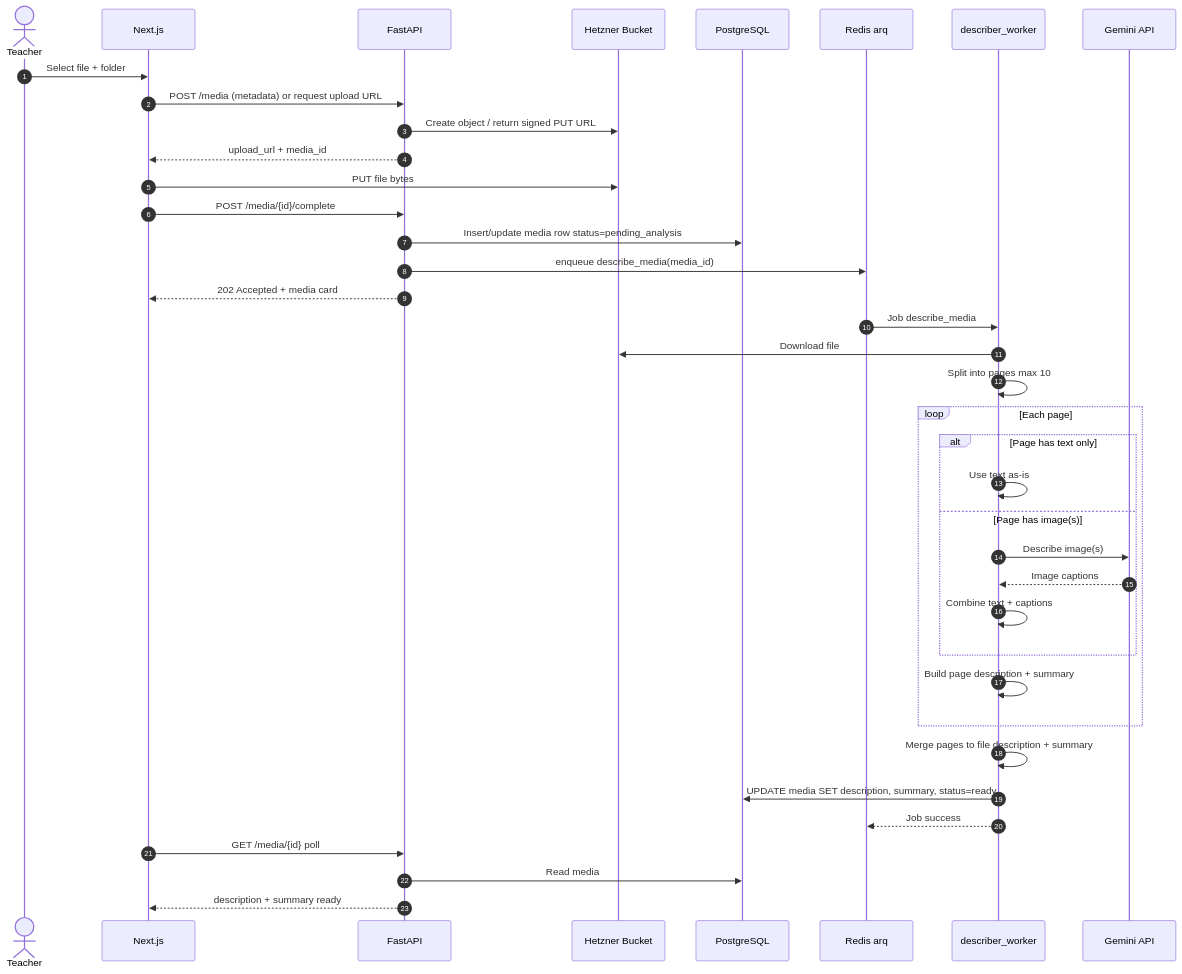
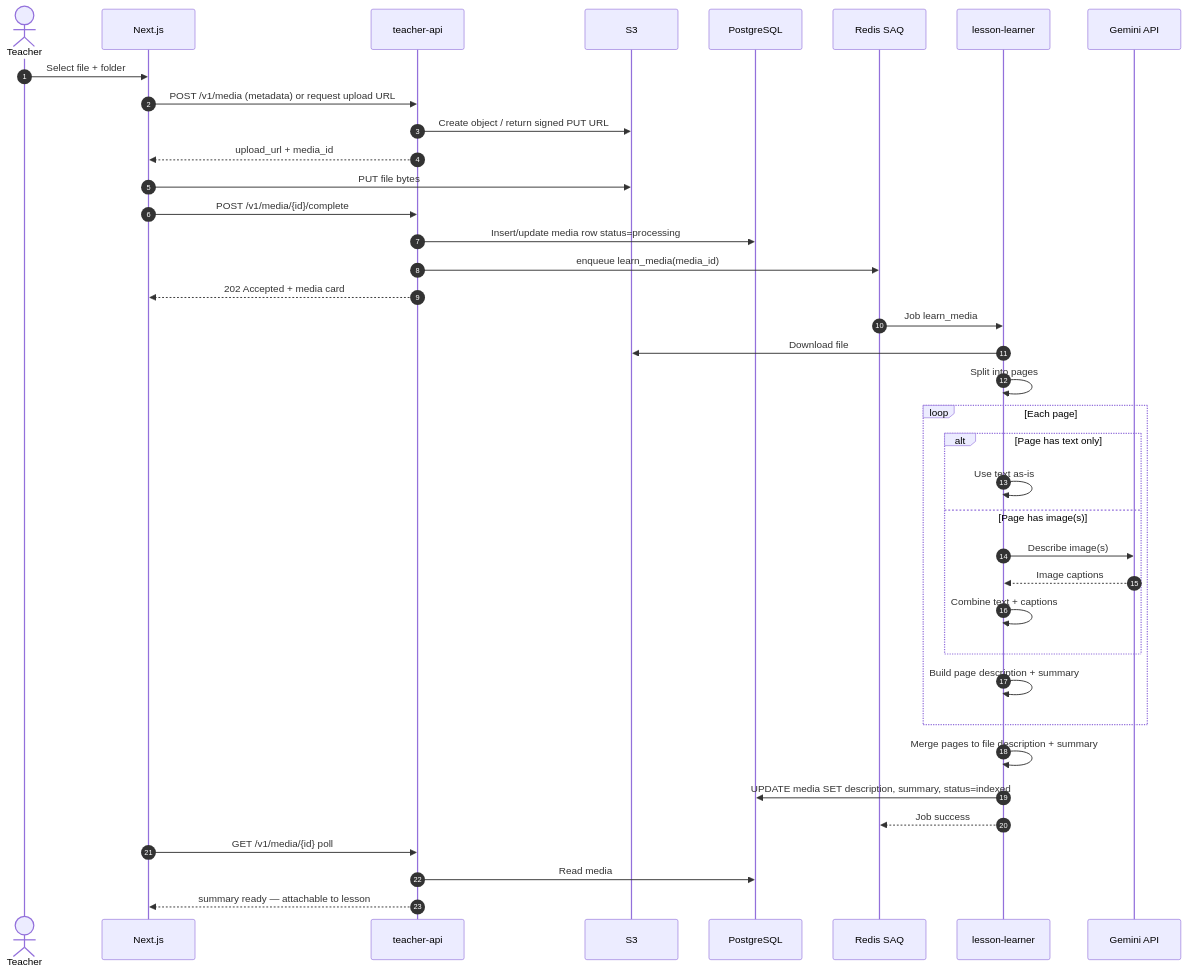
The second of 7 diagrams in docs/architecture/02-media-describer-flow.md (BasselSallam2/teacher-mock), drawn with Mermaid before and after one commit. The commit also changed other lines of this file and 10 other files, not shown here.

Commit message:
Enhance README and add system overview documentation; update media handling and lesson planning architecture. Introduce nested media folders and clarify production stack details.

````diff
--- a/docs/architecture/02-media-describer-flow.md
+++ b/docs/architecture/02-media-describer-flow.md
@@ -23,42 +26,42 @@
 ```mermaid
 sequenceDiagram
   autonumber
   actor T as Teacher
   participant UI as Next.js
-  participant API as FastAPI
-  participant B as Hetzner Bucket
+  participant API as teacher-api
+  participant S3 as S3
   participant PG as PostgreSQL
-  participant R as Redis arq
-  participant D as describer_worker
+  participant R as Redis SAQ
+  participant L as lesson-learner
   participant G as Gemini API
 
   T->>UI: Select file + folder
-  UI->>API: POST /media (metadata) or request upload URL
-  API->>B: Create object / return signed PUT URL
+  UI->>API: POST /v1/media (metadata) or request upload URL
+  API->>S3: Create object / return signed PUT URL
   API-->>UI: upload_url + media_id
-  UI->>B: PUT file bytes
-  UI->>API: POST /media/{id}/complete
-  API->>PG: Insert/update media row status=pending_analysis
-  API->>R: enqueue describe_media(media_id)
+  UI->>S3: PUT file bytes
+  UI->>API: POST /v1/media/{id}/complete
+  API->>PG: Insert/update media row status=processing
+  API->>R: enqueue learn_media(media_id)
   API-->>UI: 202 Accepted + media card
 
-  R->>D: Job describe_media
-  D->>B: Download file
-  D->>D: Split into pages max 10
+  R->>L: Job learn_media
+  L->>S3: Download file
+  L->>L: Split into pages
   loop Each page
     alt Page has text only
-      D->>D: Use text as-is
+      L->>L: Use text as-is
     else Page has image(s)
-      D->>G: Describe image(s)
-      G-->>D: Image captions
-      D->>D: Combine text + captions
+      L->>G: Describe image(s)
+      G-->>L: Image captions
+      L->>L: Combine text + captions
     end
-    D->>D: Build page description + summary
+    L->>L: Build page description + summary
   end
-  D->>D: Merge pages to file description + summary
-  D->>PG: UPDATE media SET description, summary, status=ready
-  D-->>R: Job success
-  UI->>API: GET /media/{id} poll
+  L->>L: Merge pages to file description + summary
+  L->>PG: UPDATE media SET description, summary, status=indexed
+  L-->>R: Job success
+  UI->>API: GET /v1/media/{id} poll
   API->>PG: Read media
-  API-->>UI: description + summary ready
+  API-->>UI: summary ready — attachable to lesson
 ```
````
